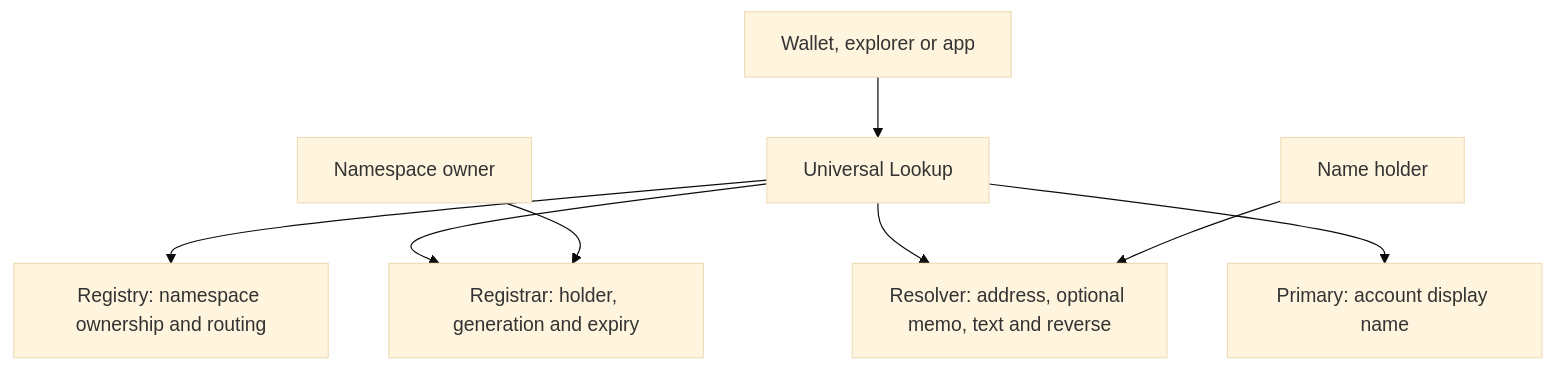
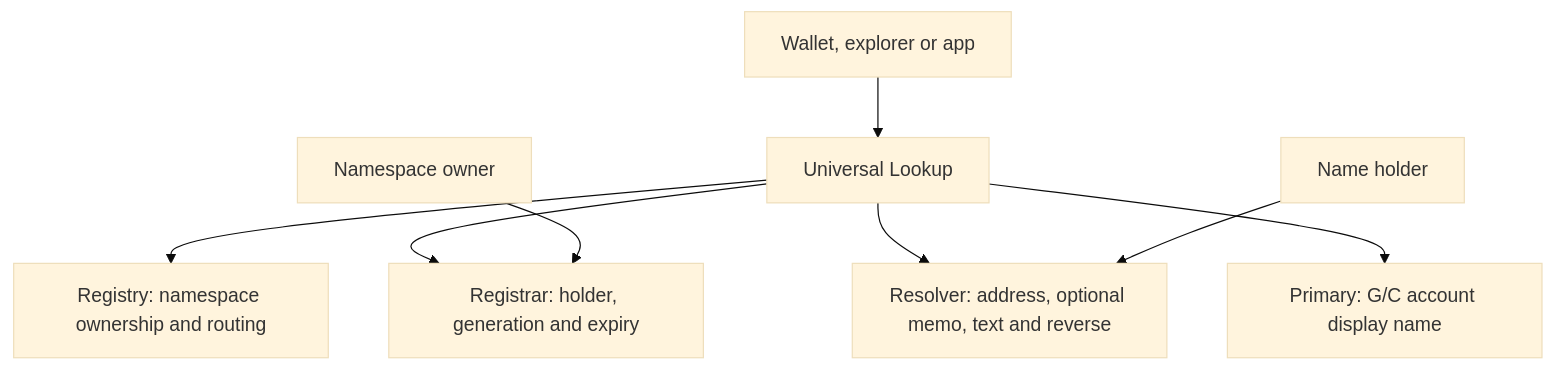
The diagram in concepts/names-and-namespaces.mdx (SoranDomains/docs), drawn with Mermaid (base theme) before and after one commit. The commit also changed other lines of this file and 40 other files, not shown here.

````diff
--- a/concepts/names-and-namespaces.mdx
+++ b/concepts/names-and-namespaces.mdx
@@ -10,10 +10,10 @@
 ```mermaid
 flowchart TD
   Client[Wallet, explorer or app] --> Lookup[Universal Lookup]
   Lookup --> Registry[Registry: namespace ownership and routing]
   Lookup --> Registrar[Registrar: holder, generation and expiry]
   Lookup --> Resolver[Resolver: address, optional memo, text and reverse]
-  Lookup --> Primary[Primary: account display name]
+  Lookup --> Primary[Primary: G/C account display name]
   Holder[Name holder] --> Resolver
   Owner[Namespace owner] --> Registrar
 ```
````
